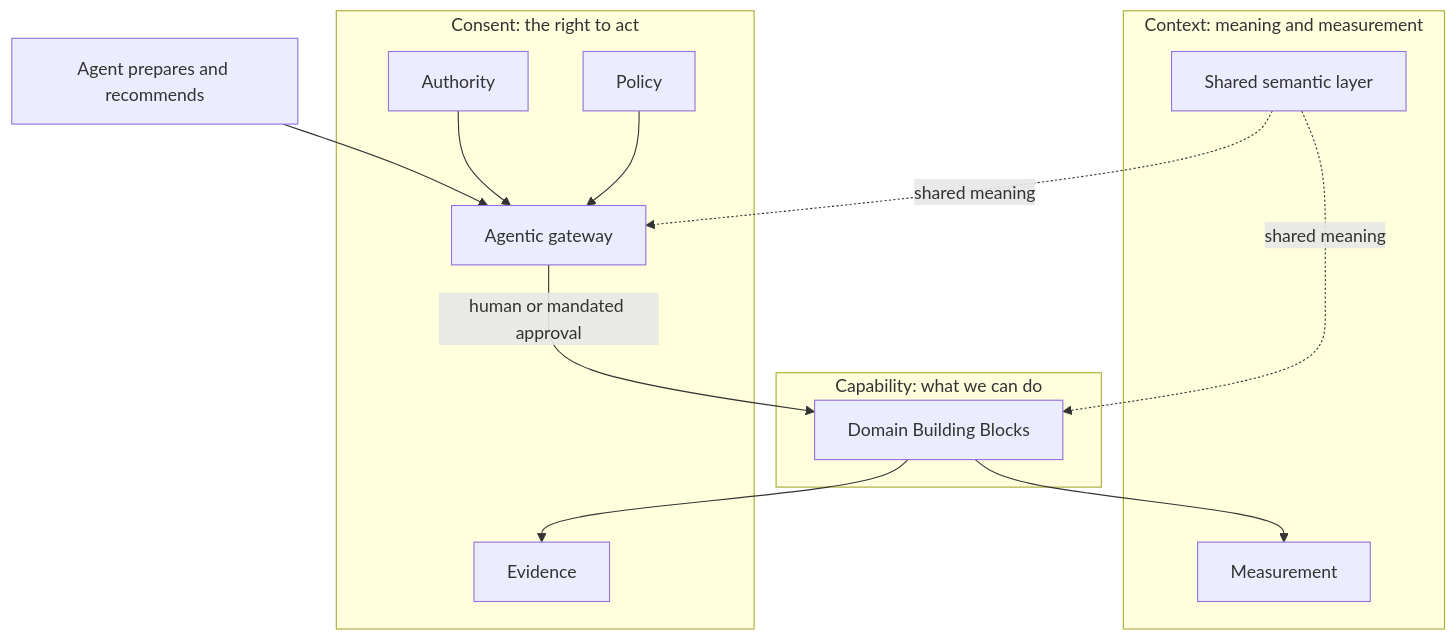
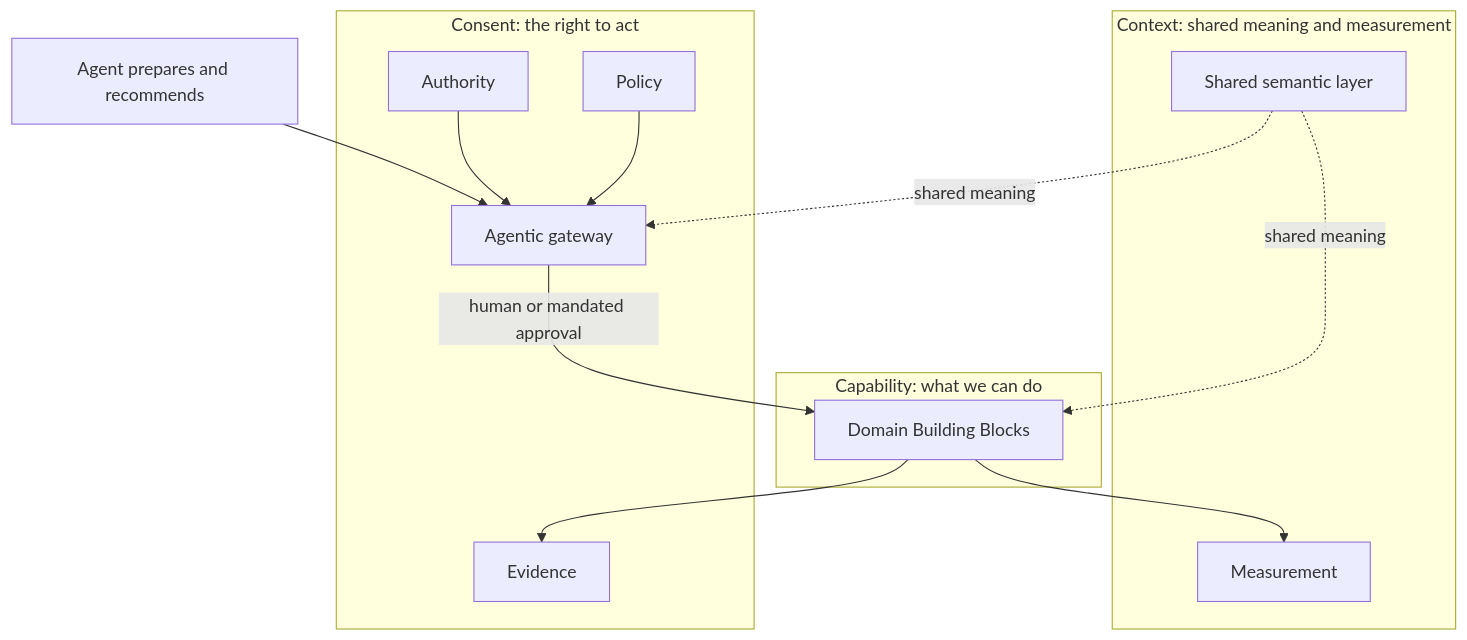
One commit to saileshpanchal/digital-transformation-advisory changed the diagram in _posts/2026-06-14-c3-the-spine-of-a-composable-bank.md. Above: the diagram before and after it, drawn with Mermaid. The commit also changed other lines of this file and 1 other file, not shown here.

```diff
--- a/_posts/2026-06-14-c3-the-spine-of-a-composable-bank.md
+++ b/_posts/2026-06-14-c3-the-spine-of-a-composable-bank.md
@@ -18,24 +19,24 @@
-<div class="mermaid">
+<pre class="mermaid">
 flowchart TB
-  subgraph CTX[Context: meaning and measurement]
+  subgraph CAP[Capability: what we can do]
+    DBB[Domain Building Blocks]
+  end
+  subgraph CTX[Context: shared meaning and measurement]
     SEM[Shared semantic layer]
     MEAS[Measurement]
   end
   subgraph CNS[Consent: the right to act]
     AUTH[Authority]
     POL[Policy]
     GATE[Agentic gateway]
     EVID[Evidence]
   end
-  subgraph CAP[Capability: what we can do]
-    DBB[Domain Building Blocks]
-  end
   REC[Agent prepares and recommends] --> GATE
   AUTH --> GATE
   POL --> GATE
   GATE -->|human or mandated approval| DBB
   DBB --> EVID
   DBB --> MEAS
   SEM -.->|shared meaning| GATE
   SEM -.->|shared meaning| DBB
-</div>
+</pre>
```
